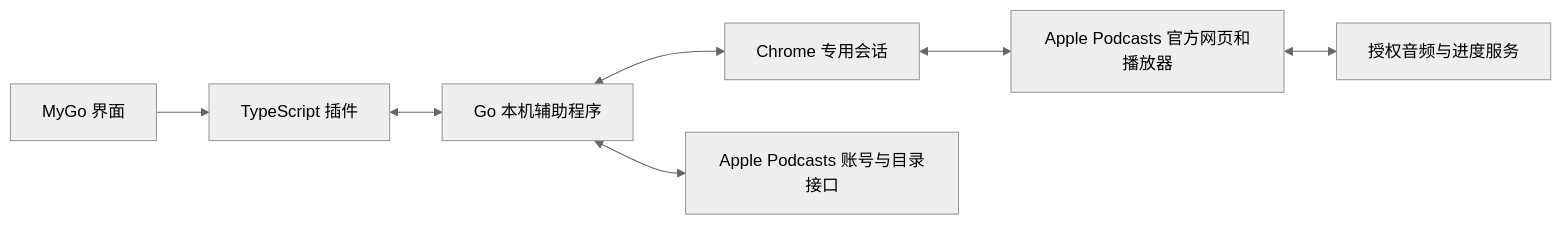
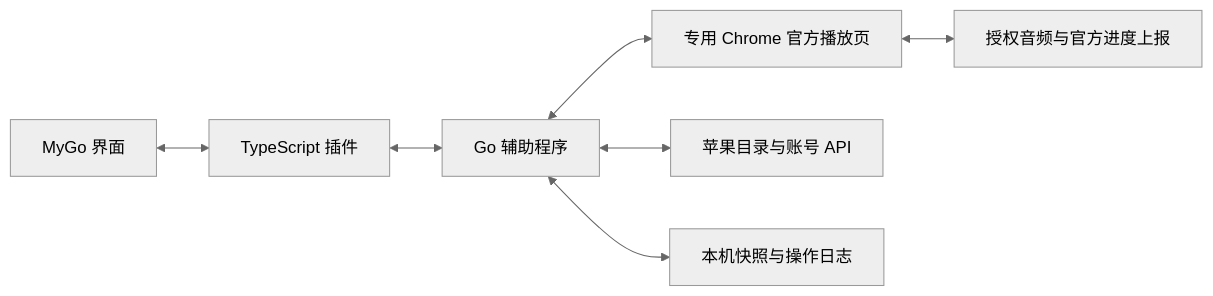
One commit to AceYKN/mygo-music-apple-podcasts changed the diagram in docs/TECH_SPEC.md. Above: the diagram before and after it, drawn with Mermaid (neutral theme). The commit also changed other lines of this file and 39 other files, not shown here.

Commit message:
feat: add Apple Podcasts account and remote playback preview

````diff
--- a/docs/TECH_SPEC.md
+++ b/docs/TECH_SPEC.md
@@ -37,9 +21,9 @@
 ```mermaid
 flowchart LR
-    A[MyGo 界面] --> B[TypeScript 插件]
-    B <--> C[Go 本机辅助程序]
-    C <--> D[Chrome 专用会话]
-    D <--> E[Apple Podcasts 官方网页和播放器]
-    C <--> F[Apple Podcasts 账号与目录接口]
-    E <--> G[授权音频与进度服务]
+    A[MyGo 界面] <--> B[TypeScript 插件]
+    B <--> C[Go 辅助程序]
+    C <--> D[专用 Chrome 官方播放页]
+    C <--> E[苹果目录与账号 API]
+    D <--> F[授权音频与官方进度上报]
+    C <--> G[本机快照与操作日志]
 ```
````
